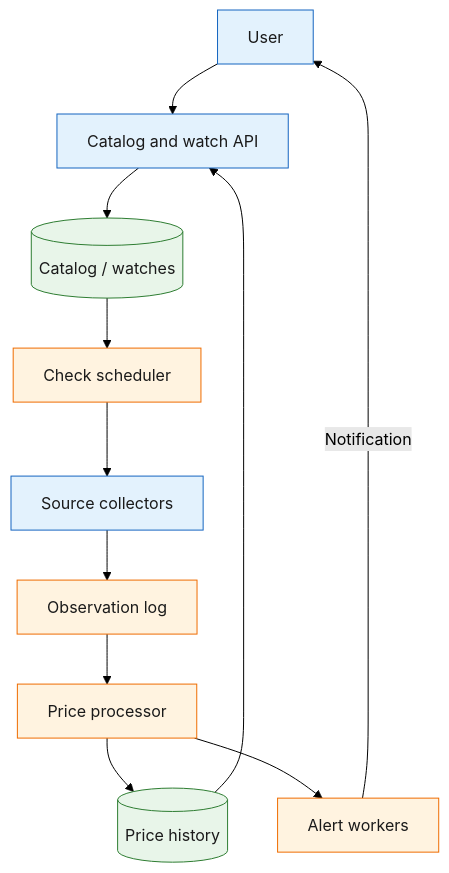
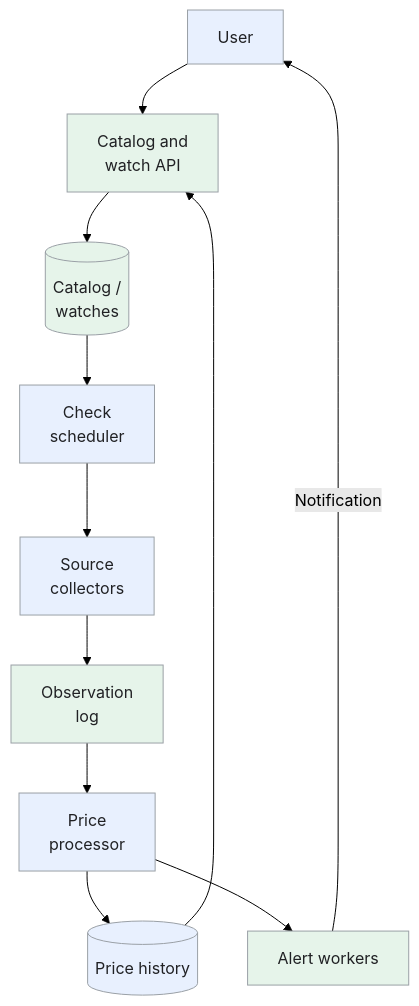
Before and after one commit to iliazlobin/iliazlobin.github.io: the first of 5 diagrams in _designs/system-design-camelcamelcamel.md, drawn with Mermaid (forest theme). The commit also changed other lines of this file and 131 other files, not shown here.

````diff
--- a/_designs/system-design-camelcamelcamel.md
+++ b/_designs/system-design-camelcamelcamel.md
@@ -145,19 +145,18 @@
 ```mermaid
 flowchart TB
-  U[User] --> API[Catalog and watch API]
-  API --> DB[(Catalog / watches)]
-  DB --> S[Check scheduler]
-  S --> C[Source collectors]
-  C --> Q[Observation log]
-  Q --> P[Price processor]
-  P --> H[(Price history)]
-  P --> A[Alert workers]
+  U["User"] --> API["Catalog and<br>watch API"]
+  API --> DB[("Catalog /<br>watches")]
+  DB --> S["Check<br>scheduler"]
+  S --> C["Source<br>collectors"]
+  C --> Q["Observation<br>log"]
+  Q --> P["Price<br>processor"]
+  P --> H[("Price history")]
+  P --> A["Alert workers"]
   H --> API
   A -->|Notification| U
-  classDef svc fill:#E3F2FD,stroke:#1565C0,color:#1A1A1A
-  classDef store fill:#E8F5E9,stroke:#2E7D32,color:#1A1A1A
-  classDef async fill:#FFF3E0,stroke:#EF6C00,color:#1A1A1A
-  class U,API,C svc
-  class DB,H store
-  class S,Q,P,A async
+  classDef request fill:#e8f0fe,stroke:#9aa0a6,color:#202124,stroke-width:1px
+  classDef background fill:#e6f4ea,stroke:#9aa0a6,color:#202124,stroke-width:1px
+  classDef control fill:#fef7e0,stroke:#9aa0a6,color:#202124,stroke-width:1px
+  class U,S,C,P,H request
+  class API,DB,Q,A background
 ```
````
